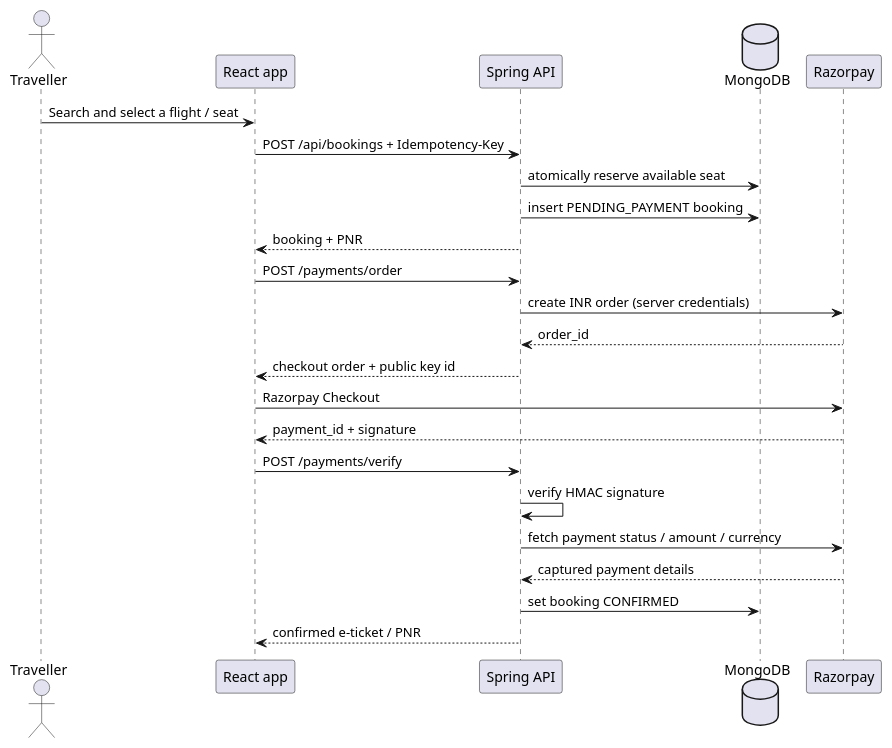
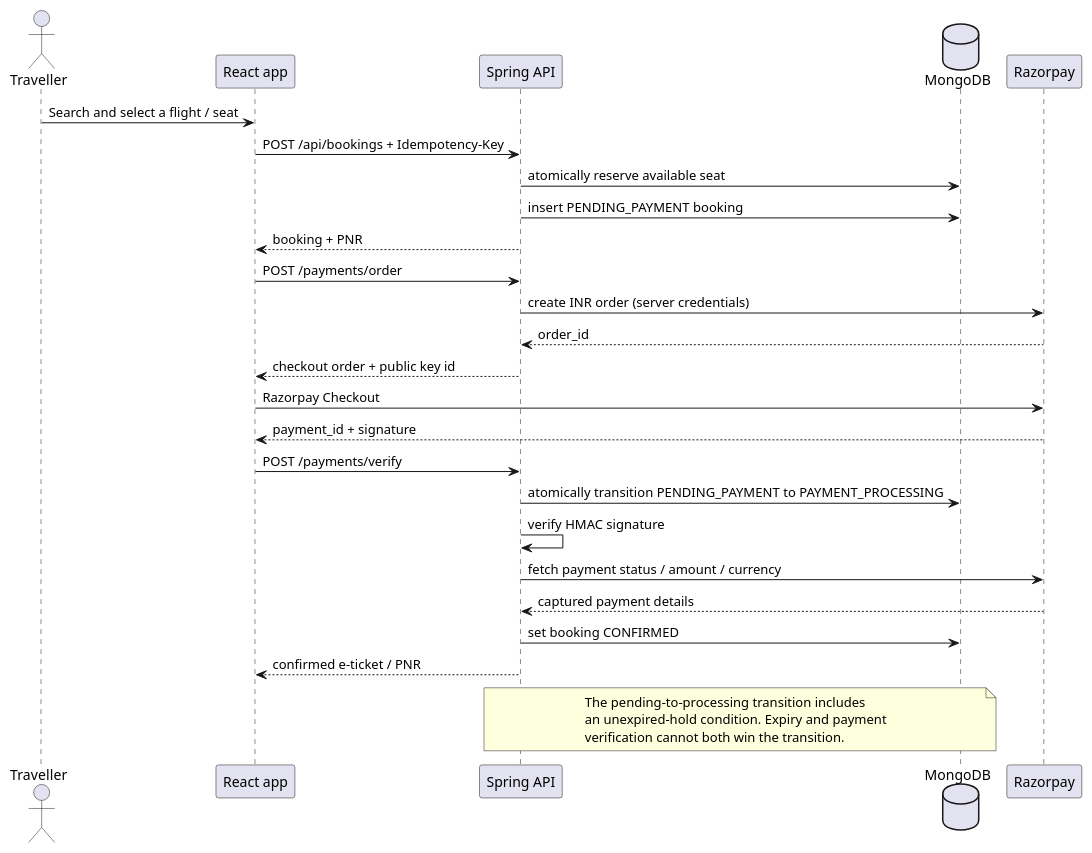
One commit to iit2025007-collab/JetSetGo changed the diagram in docs/booking-flow.puml. Above: the diagram before and after it, drawn with PlantUML. The commit also changed 50 other files, not shown here.

```diff
--- a/docs/booking-flow.puml
+++ b/docs/booking-flow.puml
@@ -1,25 +1,32 @@
 @startuml
 actor Traveller
 participant "React app" as Web
 participant "Spring API" as API
 database MongoDB
 participant Razorpay
 
 Traveller -> Web: Search and select a flight / seat
 Web -> API: POST /api/bookings + Idempotency-Key
 API -> MongoDB: atomically reserve available seat
 API -> MongoDB: insert PENDING_PAYMENT booking
 API --> Web: booking + PNR
 Web -> API: POST /payments/order
 API -> Razorpay: create INR order (server credentials)
 Razorpay --> API: order_id
 API --> Web: checkout order + public key id
 Web -> Razorpay: Razorpay Checkout
 Razorpay --> Web: payment_id + signature
 Web -> API: POST /payments/verify
+API -> MongoDB: atomically transition PENDING_PAYMENT to PAYMENT_PROCESSING
 API -> API: verify HMAC signature
 API -> Razorpay: fetch payment status / amount / currency
 Razorpay --> API: captured payment details
 API -> MongoDB: set booking CONFIRMED
 API --> Web: confirmed e-ticket / PNR
+
+note over API,MongoDB
+The pending-to-processing transition includes
+an unexpired-hold condition. Expiry and payment
+verification cannot both win the transition.
+end note
 @enduml
```
